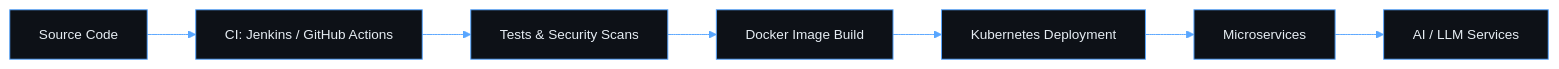
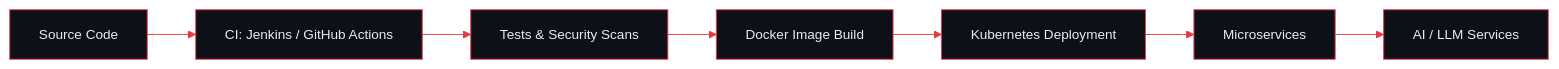
One commit to Evil-Ghoster/Evil-Ghoster changed the diagram in README.md. Above: the diagram before and after it, drawn with Mermaid. The commit also changed other lines of this file, not shown here.

````diff
--- a/README.md
+++ b/README.md
@@ -125,10 +129,10 @@
 ```mermaid
-%%{init: {'theme':'base','themeVariables':{'fontFamily':'JetBrains Mono, Fira Code, monospace','fontSize':'14px','primaryColor':'#0D1117','primaryTextColor':'#E6EDF3','primaryBorderColor':'#58A6FF','lineColor':'#58A6FF'}}}%%
+%%{init: {'theme':'base','themeVariables':{'fontFamily':'JetBrains Mono, Fira Code, monospace','fontSize':'14px','primaryColor':'#0D1117','primaryTextColor':'#E6EDF3','primaryBorderColor':'#E63946','lineColor':'#E63946'}}}%%
 flowchart LR
     A[Source Code] --> B[CI: Jenkins / GitHub Actions]
     B --> C[Tests & Security Scans]
     C --> D[Docker Image Build]
     D --> E[Kubernetes Deployment]
     E --> F[Microservices]
     F --> G[AI / LLM Services]
 ```
````
